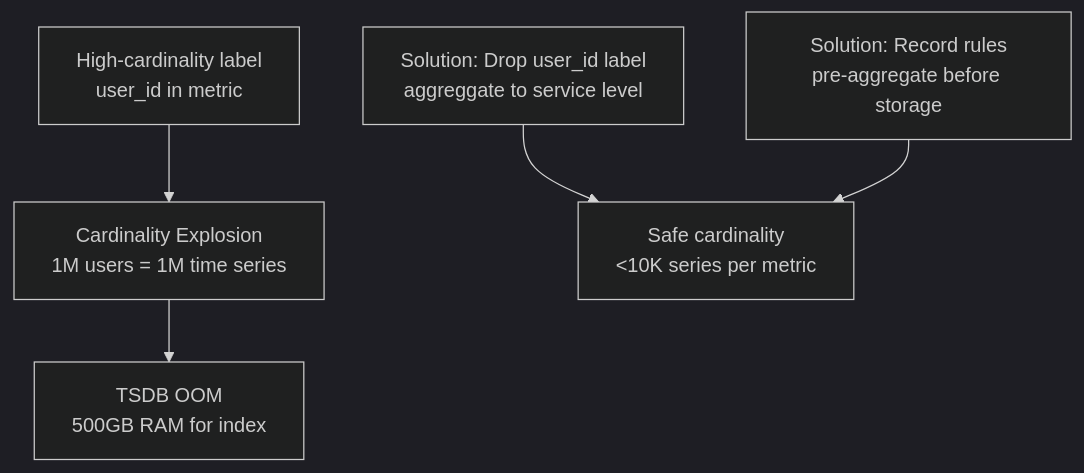
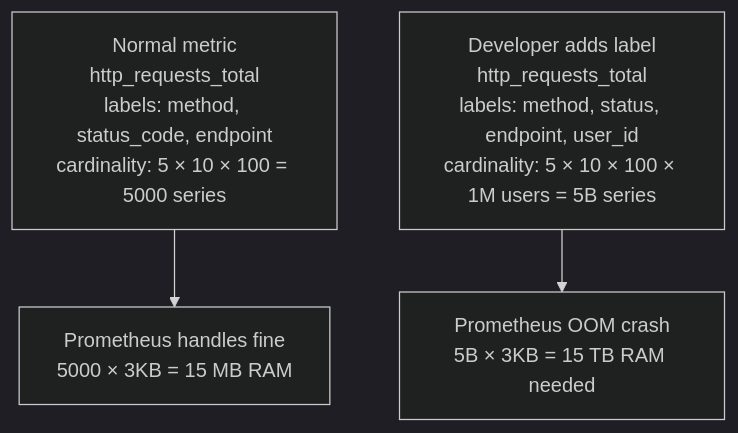
Before and after one commit to gauravprwl14/system-design-course: the fourth of 9 diagrams in docs-site/content/12-interview-prep/question-bank/system-design/design-metrics-monitoring.md, drawn with Mermaid (dark theme). The commit also changed other lines of this file and 2 other files, not shown here.

````diff
--- a/docs-site/content/12-interview-prep/question-bank/system-design/design-metrics-monitoring.md
+++ b/docs-site/content/12-interview-prep/question-bank/system-design/design-metrics-monitoring.md
@@ -70,7 +145,6 @@
 ```mermaid
 graph TD
-  Label[High-cardinality label\nuser_id in metric] --> Explosion[Cardinality Explosion\n1M users = 1M time series]
-  Explosion --> OOM[TSDB OOM\n500GB RAM for index]
-  Solution1[Solution: Drop user_id label\naggreggate to service level] --> Safe[Safe cardinality\n<10K series per metric]
-  Solution2[Solution: Record rules\npre-aggregate before storage] --> Safe
+  Normal[Normal metric\nhttp_requests_total\nlabels: method, status_code, endpoint\ncardinality: 5 × 10 × 100 = 5000 series] --> OK[Prometheus handles fine\n5000 × 3KB = 15 MB RAM]
+
+  Explosion[Developer adds label\nhttp_requests_total\nlabels: method, status, endpoint, user_id\ncardinality: 5 × 10 × 100 × 1M users = 5B series] --> OOM[Prometheus OOM crash\n5B × 3KB = 15 TB RAM needed]
 ```
````
